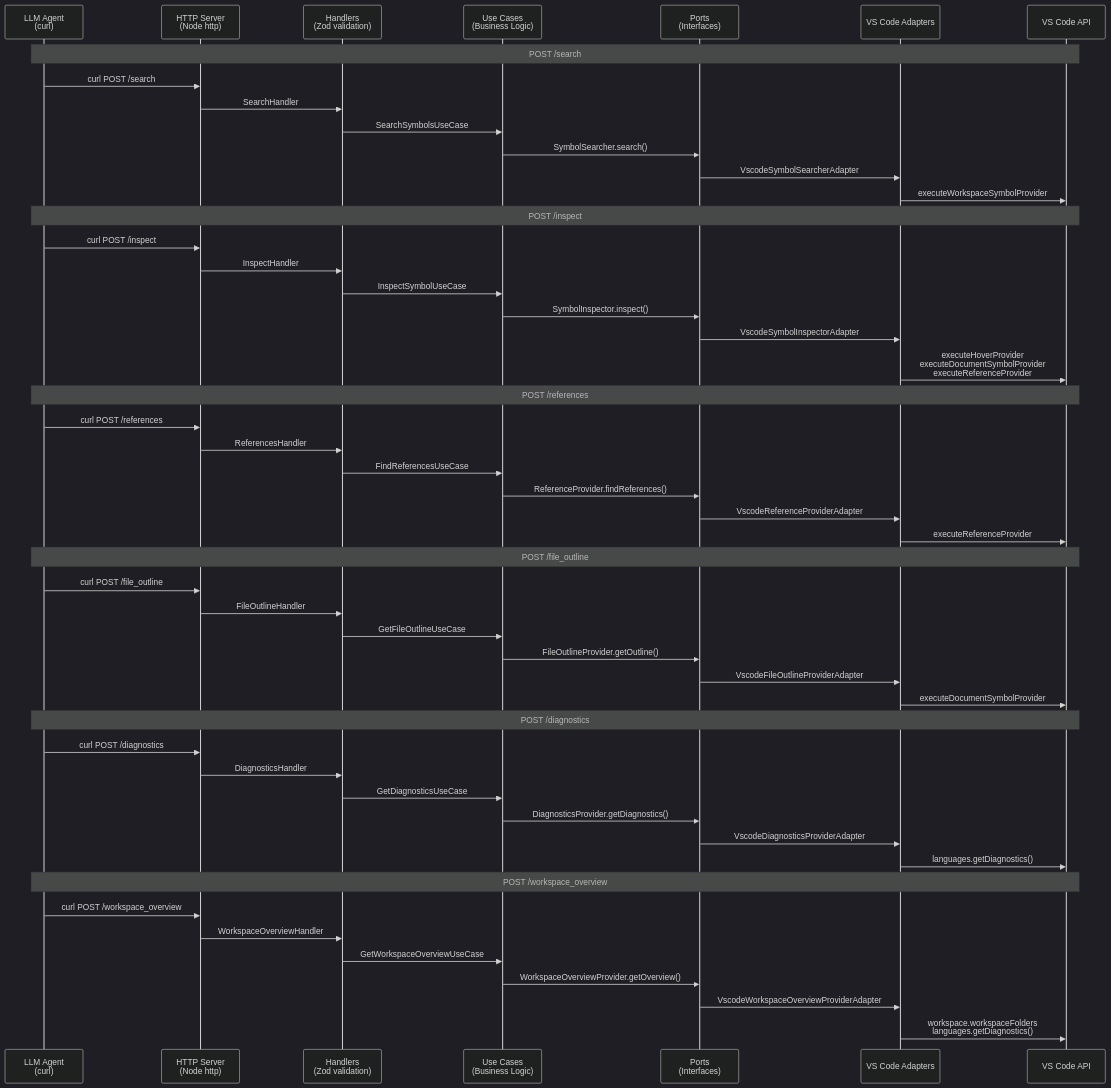
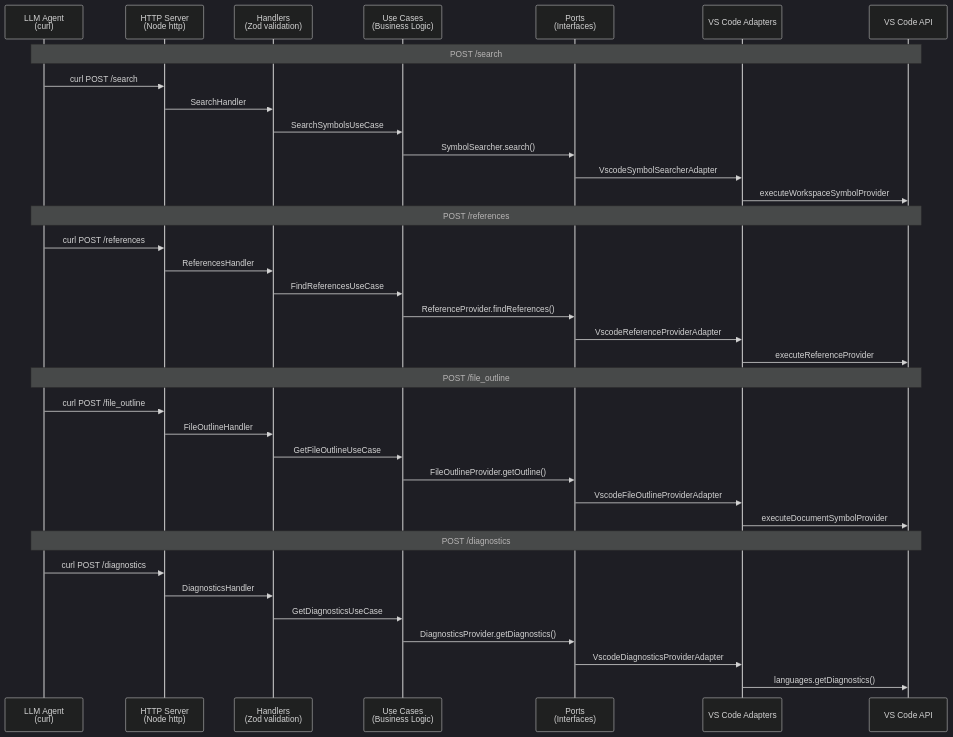
One commit to omurakazuaki/lsp-relay-vscode-extension changed the fifth of 6 diagrams in docs/sequence-diagram.md. Above: the diagram before and after it, drawn with Mermaid (dark theme). The commit also changed other lines of this file and 5 other files, not shown here.

````diff
--- a/docs/sequence-diagram.md
+++ b/docs/sequence-diagram.md
@@ -208,58 +202,43 @@
 ```mermaid
 sequenceDiagram
     participant Agent as LLM Agent<br/>(curl)
     participant HTTP as HTTP Server<br/>(Node http)
     participant H as Handlers<br/>(Zod validation)
     participant UC as Use Cases<br/>(Business Logic)
     participant P as Ports<br/>(Interfaces)
     participant A as VS Code Adapters
     participant VS as VS Code API
 
     Note over Agent,VS: POST /search
     Agent->>HTTP: curl POST /search
     HTTP->>H: SearchHandler
     H->>UC: SearchSymbolsUseCase
     UC->>P: SymbolSearcher.search()
     P->>A: VscodeSymbolSearcherAdapter
     A->>VS: executeWorkspaceSymbolProvider
-
-    Note over Agent,VS: POST /inspect
-    Agent->>HTTP: curl POST /inspect
-    HTTP->>H: InspectHandler
-    H->>UC: InspectSymbolUseCase
-    UC->>P: SymbolInspector.inspect()
-    P->>A: VscodeSymbolInspectorAdapter
-    A->>VS: executeHoverProvider<br/>executeDocumentSymbolProvider<br/>executeReferenceProvider
 
     Note over Agent,VS: POST /references
     Agent->>HTTP: curl POST /references
     HTTP->>H: ReferencesHandler
     H->>UC: FindReferencesUseCase
     UC->>P: ReferenceProvider.findReferences()
     P->>A: VscodeReferenceProviderAdapter
     A->>VS: executeReferenceProvider
 
     Note over Agent,VS: POST /file_outline
     Agent->>HTTP: curl POST /file_outline
     HTTP->>H: FileOutlineHandler
     H->>UC: GetFileOutlineUseCase
     UC->>P: FileOutlineProvider.getOutline()
     P->>A: VscodeFileOutlineProviderAdapter
     A->>VS: executeDocumentSymbolProvider
 
     Note over Agent,VS: POST /diagnostics
     Agent->>HTTP: curl POST /diagnostics
     HTTP->>H: DiagnosticsHandler
     H->>UC: GetDiagnosticsUseCase
     UC->>P: DiagnosticsProvider.getDiagnostics()
     P->>A: VscodeDiagnosticsProviderAdapter
     A->>VS: languages.getDiagnostics()
 
-    Note over Agent,VS: POST /workspace_overview
-    Agent->>HTTP: curl POST /workspace_overview
-    HTTP->>H: WorkspaceOverviewHandler
-    H->>UC: GetWorkspaceOverviewUseCase
-    UC->>P: WorkspaceOverviewProvider.getOverview()
-    P->>A: VscodeWorkspaceOverviewProviderAdapter
-    A->>VS: workspace.workspaceFolders<br/>languages.getDiagnostics()
 ```
````
